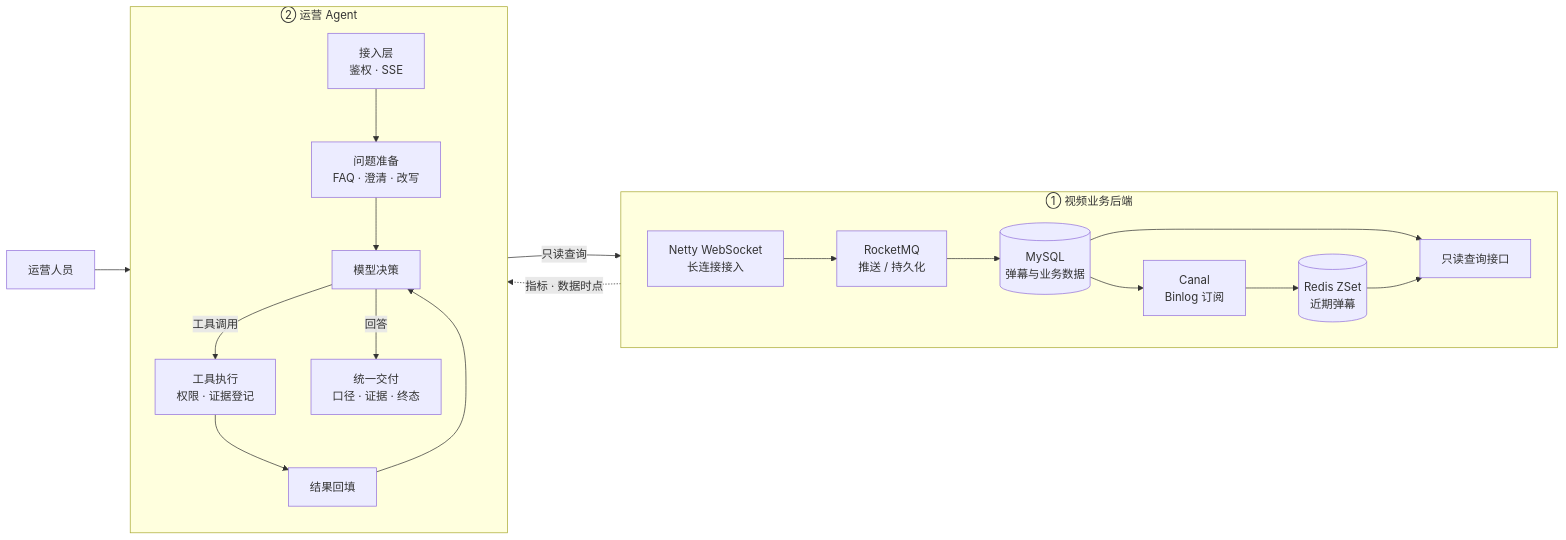
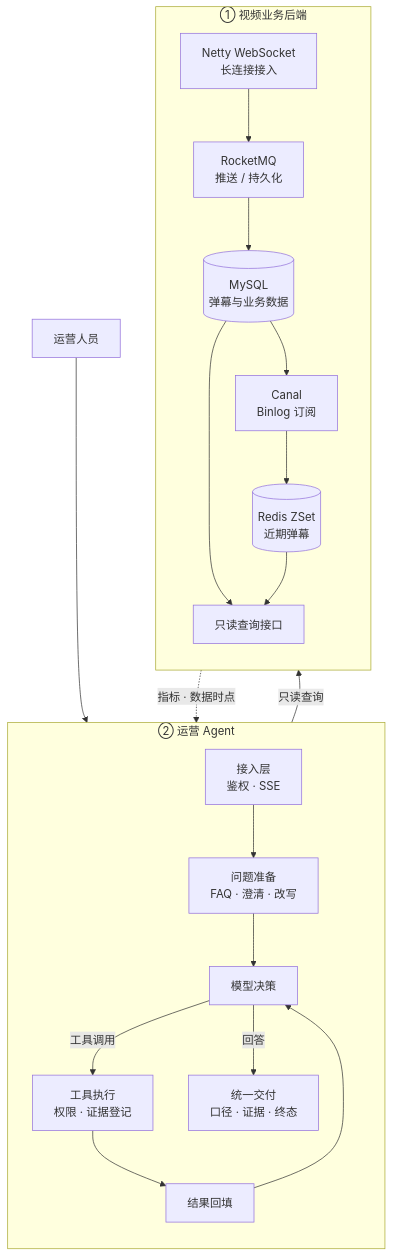
One commit to blackirlsama/DokiTV changed the first of 2 diagrams in README.md. Above: the diagram before and after it, drawn with Mermaid.

Commit message:
docs: 系统全景图改为纵向布局

````diff
--- a/README.md
+++ b/README.md
@@ -45,26 +45,26 @@
 ```mermaid
-flowchart LR
-    subgraph BIZ["① 视频业务后端"]
-        direction LR
-        WS["Netty WebSocket<br/>长连接接入"] --> MQ["RocketMQ<br/>推送 / 持久化"]
-        MQ --> DB[("MySQL<br/>弹幕与业务数据")]
-        DB --> Canal["Canal<br/>Binlog 订阅"]
-        Canal --> RDS[("Redis ZSet<br/>近期弹幕")]
-        DB --> Bridge["只读查询接口"]
-        RDS --> Bridge
-    end
-
+flowchart TB
     subgraph AGENT["② 运营 Agent"]
         direction TB
         API["接入层<br/>鉴权 · SSE"] --> Prep["问题准备<br/>FAQ · 澄清 · 改写"]
         Prep --> Decision["模型决策"]
         Decision -->|工具调用| Tool["工具执行<br/>权限 · 证据登记"]
         Tool --> Observe["结果回填"]
         Observe --> Decision
         Decision -->|回答| Deliver["统一交付<br/>口径 · 证据 · 终态"]
     end
 
+    subgraph BIZ["① 视频业务后端"]
+        direction TB
+        WS["Netty WebSocket<br/>长连接接入"] --> MQ["RocketMQ<br/>推送 / 持久化"]
+        MQ --> DB[("MySQL<br/>弹幕与业务数据")]
+        DB --> Canal["Canal<br/>Binlog 订阅"]
+        Canal --> RDS[("Redis ZSet<br/>近期弹幕")]
+        DB --> Bridge["只读查询接口"]
+        RDS --> Bridge
+    end
+
     Ops["运营人员"] --> API
     Tool -- "只读查询" --> Bridge
     Bridge -. "指标 · 数据时点" .-> Observe
 ```
````
